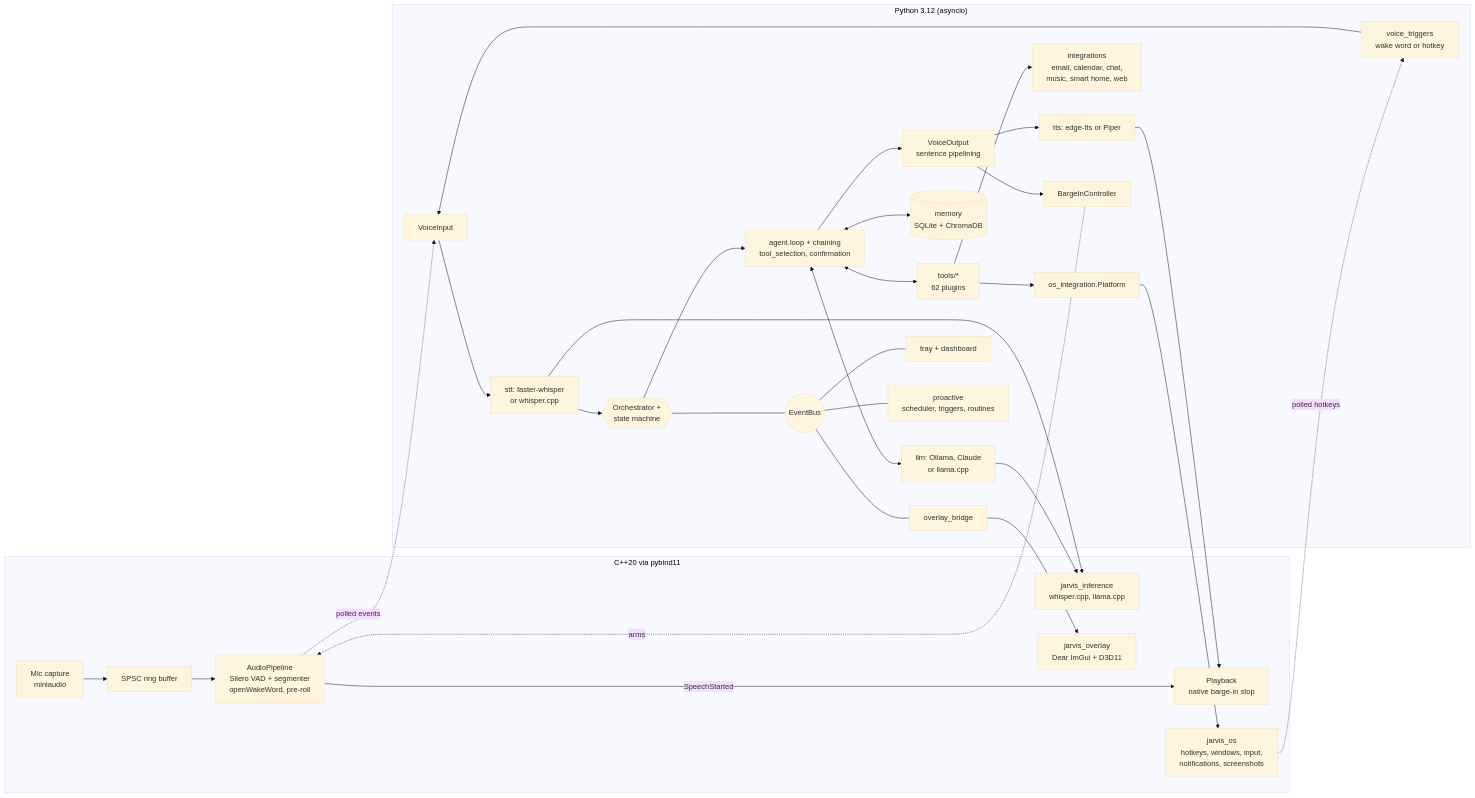
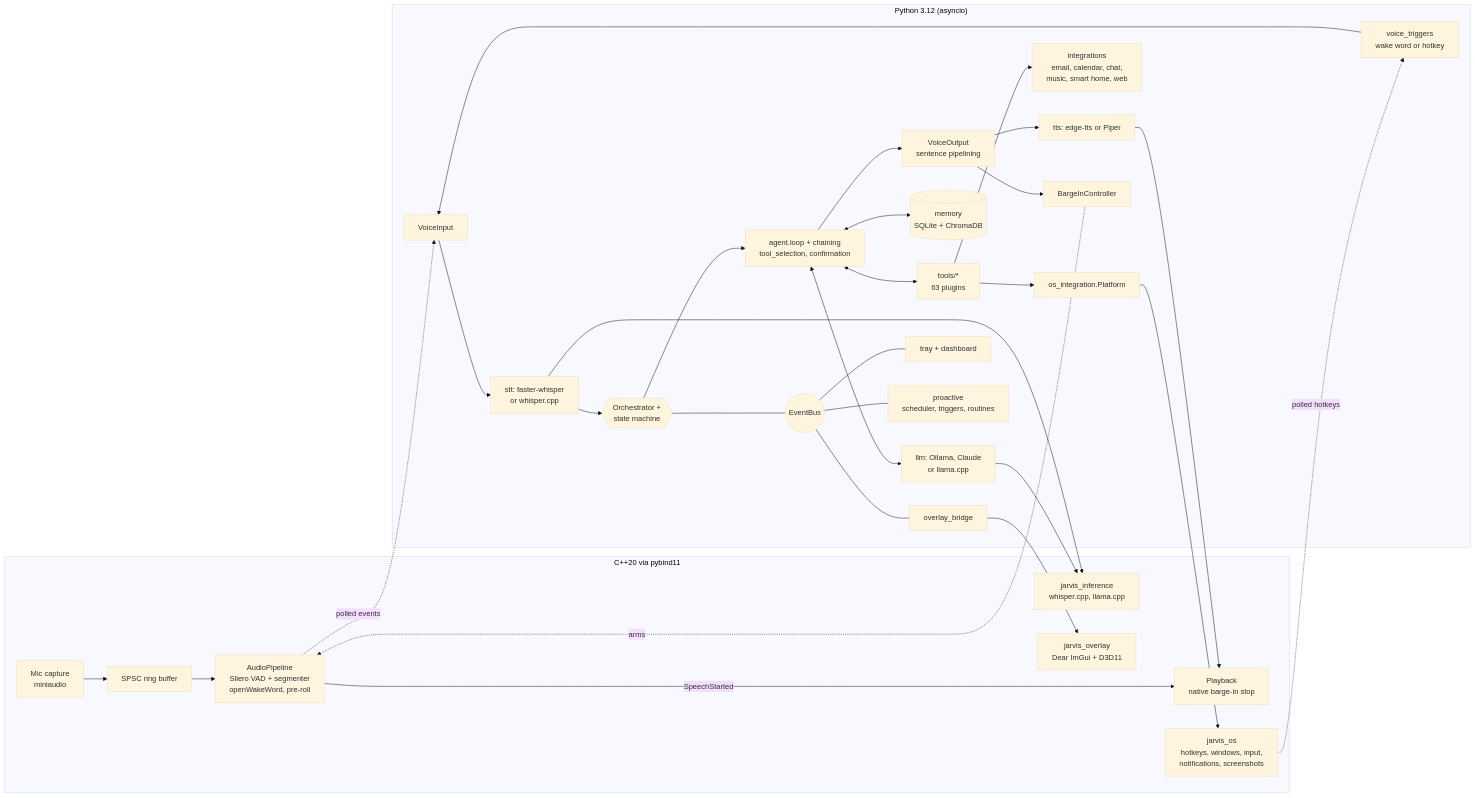
Before and after one commit to b1-loop/jarvis-desktop: the diagram in README.md, drawn with Mermaid (base theme). The commit also changed other lines of this file and 42 other files, not shown here.

````diff
--- a/README.md
+++ b/README.md
@@ -76,38 +76,38 @@
 ```mermaid
 flowchart LR
     subgraph native["C++20 via pybind11"]
         MIC[Mic capture<br/>miniaudio] --> RB[SPSC ring buffer]
         RB --> PIPE[AudioPipeline<br/>Silero VAD + segmenter<br/>openWakeWord, pre-roll]
         PIPE -- SpeechStarted --> PB[Playback<br/>native barge-in stop]
         OSN[jarvis_os<br/>hotkeys, windows, input,<br/>notifications, screenshots]
         INF[jarvis_inference<br/>whisper.cpp, llama.cpp]
         OV[jarvis_overlay<br/>Dear ImGui + D3D11]
     end
 
     subgraph python["Python 3.12 (asyncio)"]
         TRIG[voice_triggers<br/>wake word or hotkey] --> VIN[VoiceInput]
         PIPE -. polled events .-> VIN
         OSN -. polled hotkeys .-> TRIG
         VIN --> STT[stt: faster-whisper<br/>or whisper.cpp]
         STT --> ORCH{{Orchestrator +<br/>state machine}}
         ORCH --> AG[agent.loop + chaining<br/>tool_selection, confirmation]
         AG <--> LLM[llm: Ollama, Claude<br/>or llama.cpp]
-        AG <--> TOOLS[tools/*<br/>62 plugins]
+        AG <--> TOOLS[tools/*<br/>63 plugins]
         TOOLS --> PLAT[os_integration.Platform]
         PLAT --> OSN
         TOOLS --> INTEG[integrations<br/>email, calendar, chat,<br/>music, smart home, web]
         AG <--> MEM[(memory<br/>SQLite + ChromaDB)]
         AG --> VOUT[VoiceOutput<br/>sentence pipelining]
         VOUT --> TTS[tts: edge-tts or Piper]
         TTS --> PB
         VOUT --> BI[BargeInController]
         BI -. arms .-> PIPE
         LLM --> INF
         STT --> INF
         BUS((EventBus))
         ORCH --- BUS
         BUS --- BRIDGE[overlay_bridge] --> OV
         BUS --- UI[tray + dashboard]
         BUS --- PRO[proactive<br/>scheduler, triggers, routines]
     end
 ```
````
